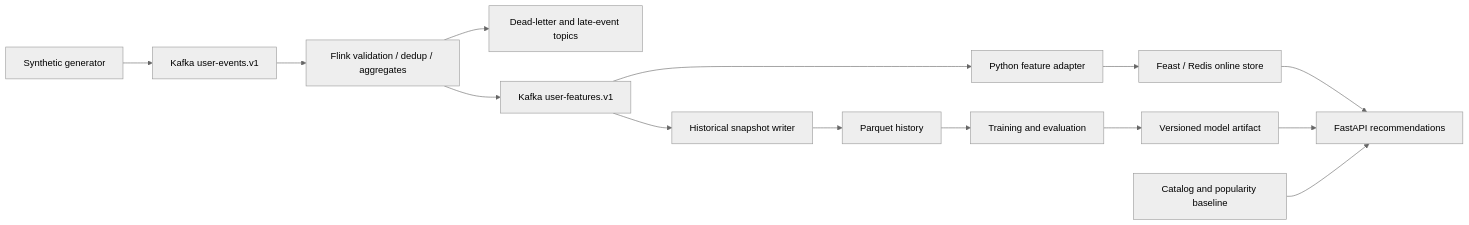
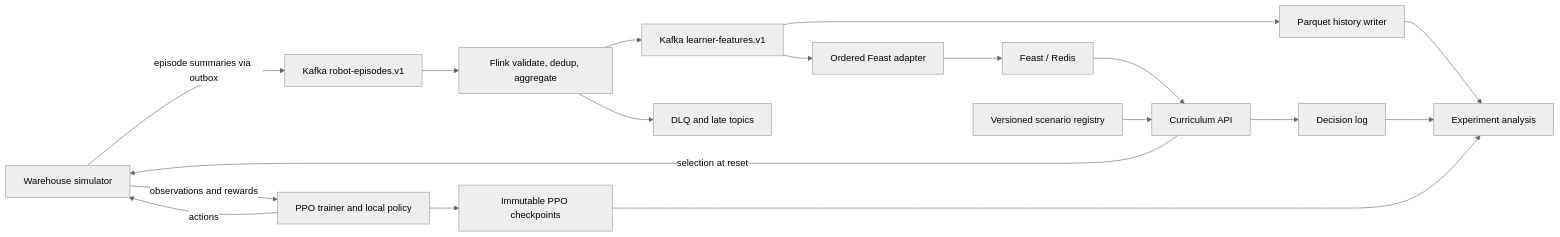
Before and after one commit to jabrielabdillle/Waypoint-Lab: the diagram in docs/ARCHITECTURE.md, drawn with Mermaid (neutral theme). The commit also changed other lines of this file and 17 other files, not shown here.

Commit message:
Reframe project as adaptive robotics training with required PPO reinforcement learning

````diff
--- a/docs/ARCHITECTURE.md
+++ b/docs/ARCHITECTURE.md
@@ -5,16 +5,20 @@
 ```mermaid
 flowchart LR
-  G[Synthetic generator] --> K[Kafka user-events.v1]
-  K --> F[Flink validation / dedup / aggregates]
-  F --> D[Dead-letter and late-event topics]
-  F --> U[Kafka user-features.v1]
-  U --> A[Python feature adapter]
-  A --> O[Feast / Redis online store]
-  U --> H[Historical snapshot writer]
-  H --> P[Parquet history]
-  P --> T[Training and evaluation]
-  T --> M[Versioned model artifact]
-  O --> S[FastAPI recommendations]
-  M --> S
-  C[Catalog and popularity baseline] --> S
+  E[Warehouse simulator] -->|observations and rewards| P[PPO trainer and local policy]
+  P -->|actions| E
+  E -->|episode summaries via outbox| K[Kafka robot-episodes.v1]
+  K --> F[Flink validate, dedup, aggregate]
+  F --> U[Kafka learner-features.v1]
+  F --> D[DLQ and late topics]
+  U --> A[Ordered Feast adapter]
+  A --> R[Feast / Redis]
+  U --> H[Parquet history writer]
+  R --> C[Curriculum API]
+  S[Versioned scenario registry] --> C
+  C -->|selection at reset| E
+  C --> L[Decision log]
+  H --> V[Experiment analysis]
+  L --> V
+  P --> M[Immutable PPO checkpoints]
+  M --> V
 ```
````
